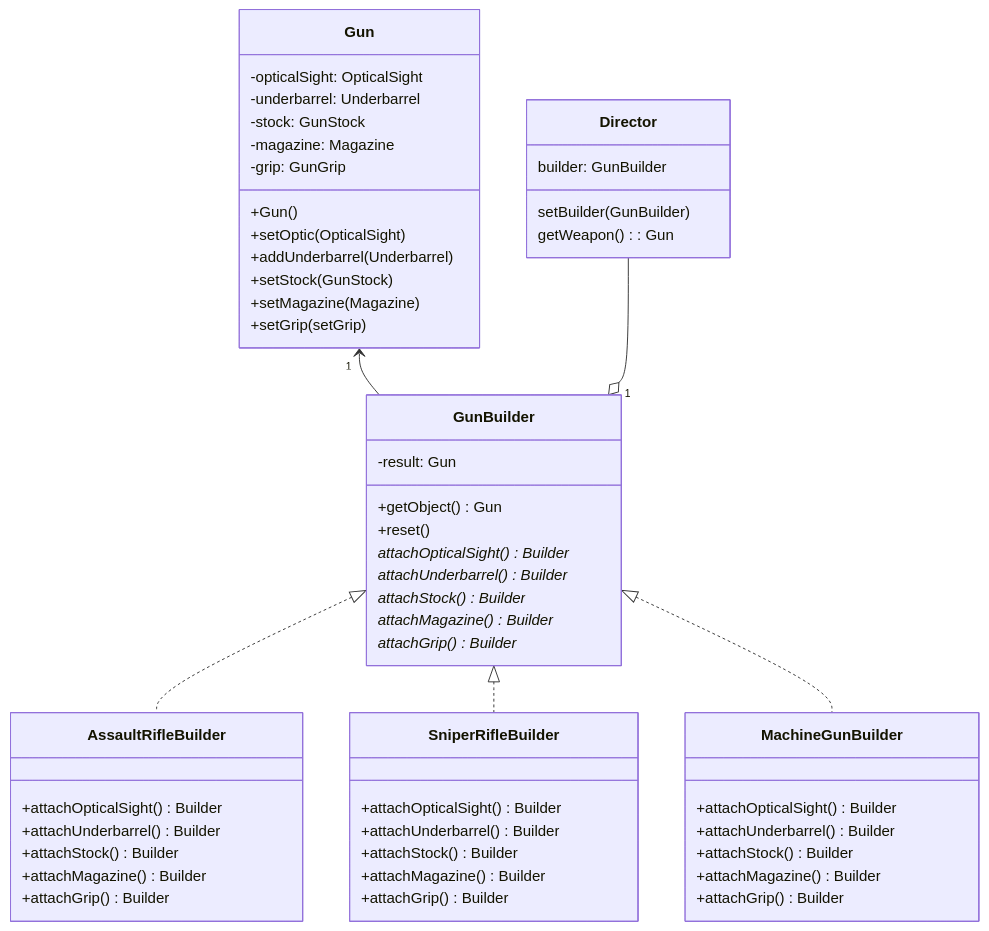
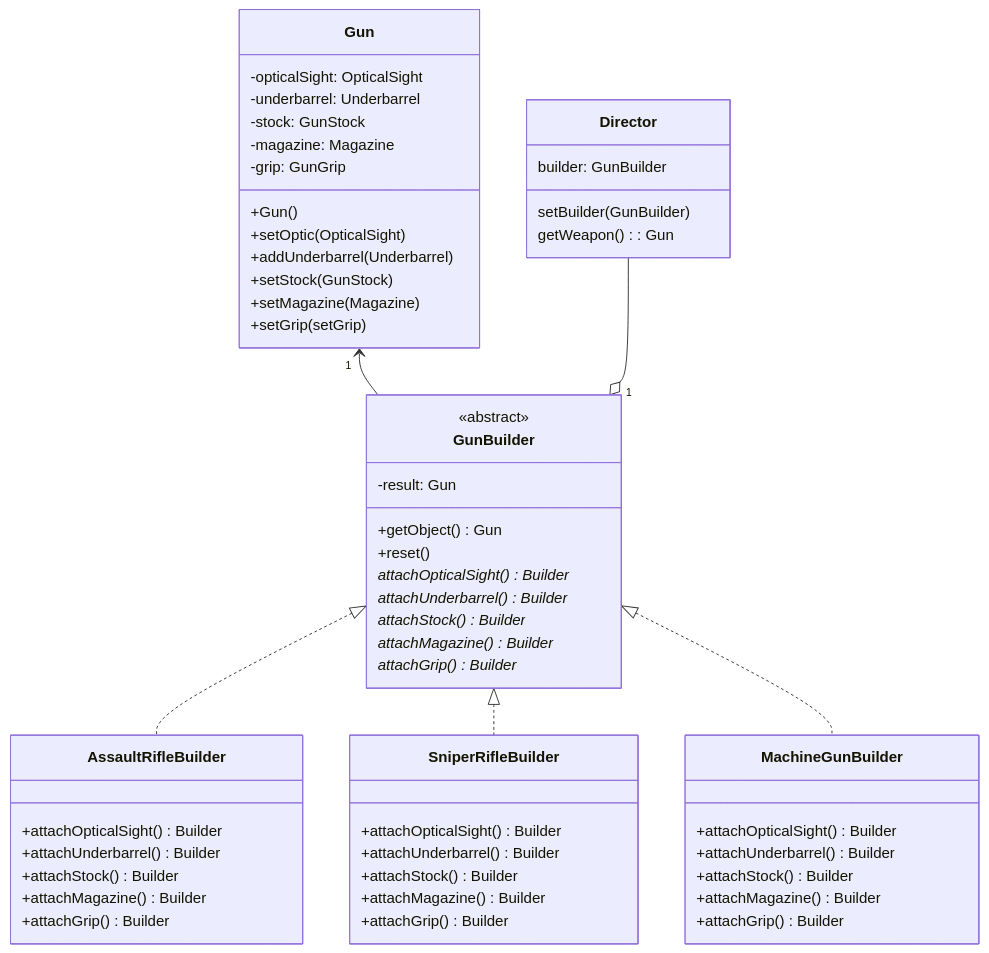
The fifth of 5 diagrams in 1. Builder/Builder.md (Bix2llets/CS202---Seminar), drawn with Mermaid before and after one commit.

Commit message:
add abstract annotation to class diagram

````diff
--- a/1. Builder/Builder.md
+++ b/1. Builder/Builder.md
@@ -156,62 +156,63 @@
 ```mermaid
 classDiagram
 class Gun {
     -opticalSight: OpticalSight
     -underbarrel: Underbarrel
     -stock: GunStock
     -magazine: Magazine
     -grip: GunGrip
     +Gun()
     +setOptic(OpticalSight)
     +addUnderbarrel(Underbarrel)
     +setStock(GunStock)
     +setMagazine(Magazine)
     +setGrip(setGrip)
 }
 
 class GunBuilder {
+    <<abstract>>
     -result: Gun
     +getObject() Gun
     +reset()
 
     attachOpticalSight()* Builder
     attachUnderbarrel()* Builder
     attachStock()* Builder
     attachMagazine()* Builder
     attachGrip()* Builder
 }
 Gun "1" <-- GunBuilder
 GunBuilder <|.. AssaultRifleBuilder
 GunBuilder <|.. SniperRifleBuilder
 GunBuilder <|.. MachineGunBuilder
 class AssaultRifleBuilder {
     +attachOpticalSight() Builder 
     +attachUnderbarrel()  Builder
     +attachStock() Builder
     +attachMagazine() Builder
     +attachGrip() Builder
 }
 class SniperRifleBuilder {
     +attachOpticalSight()Builder
     +attachUnderbarrel()Builder
     +attachStock()Builder
     +attachMagazine()Builder
     +attachGrip()Builder
 }
 class MachineGunBuilder {
     +attachOpticalSight()Builder
     +attachUnderbarrel()Builder
     +attachStock()Builder
     +attachMagazine()Builder
     +attachGrip()Builder
 }
 Director --o "1" GunBuilder
 class Director {
     builder: GunBuilder
 
     setBuilder(GunBuilder)
     getWeapon(): Gun
 }
 
 
 ```
````
